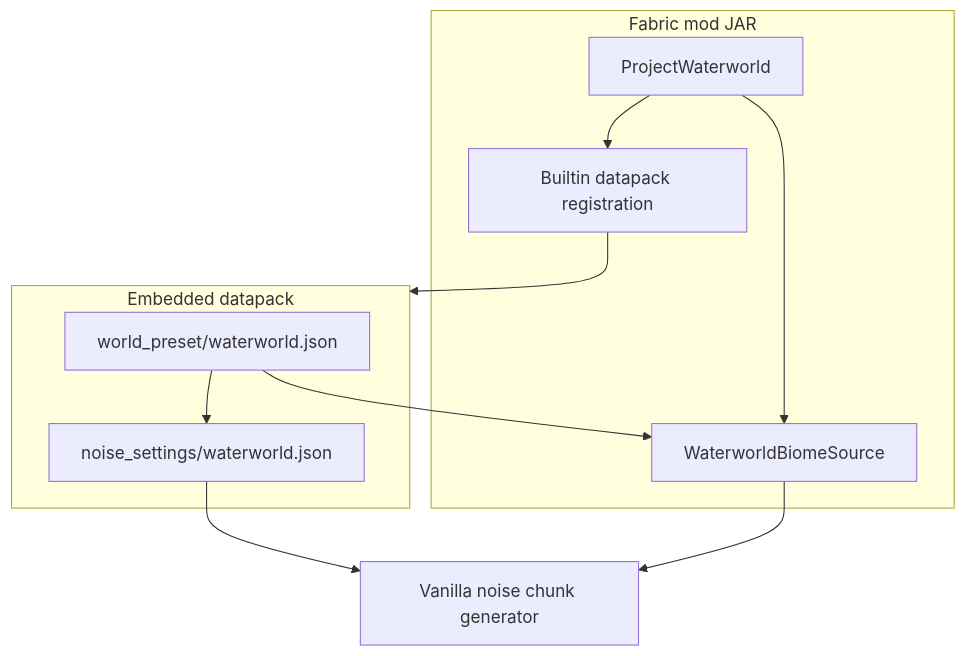
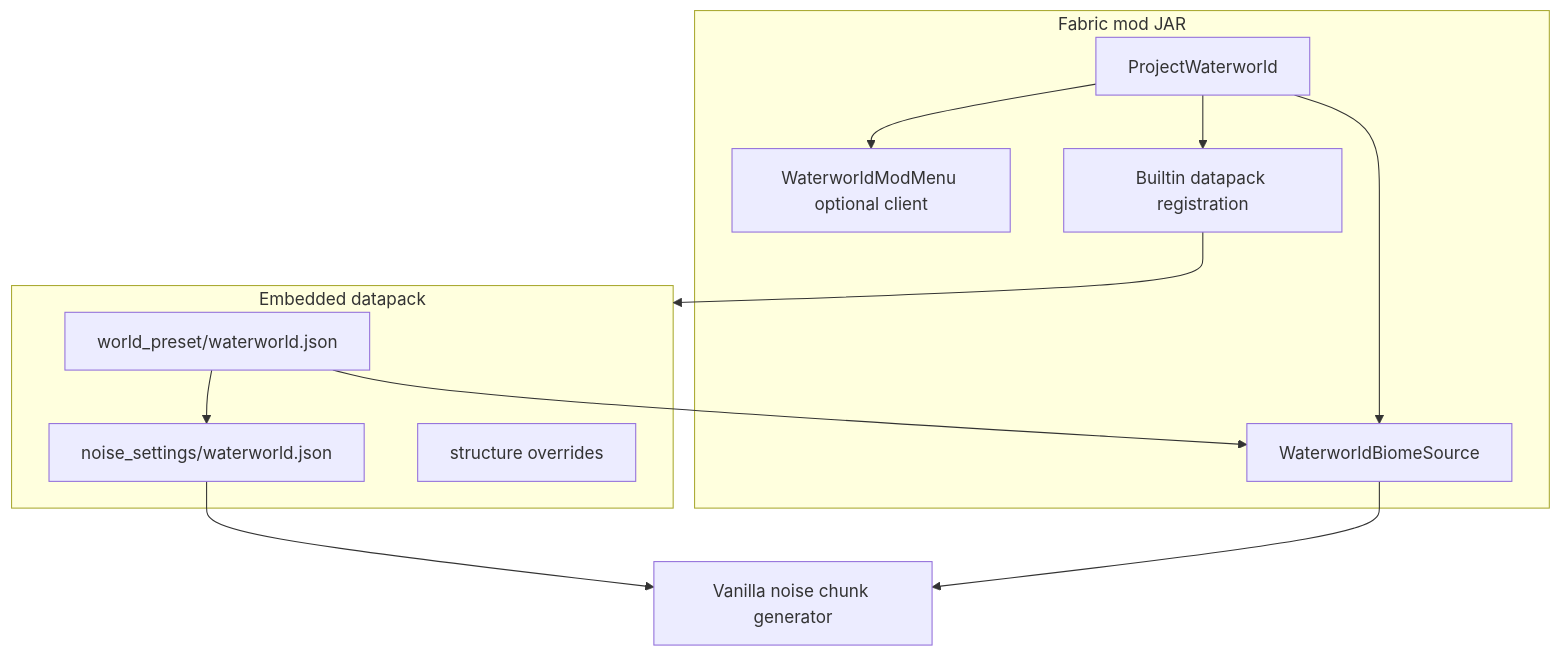
The diagram in docs/ARCHITECTURE.md (ToasterBorst/project-waterworld), drawn with Mermaid before and after one commit. The commit also changed other lines of this file and 39 other files, not shown here.

````diff
--- a/docs/ARCHITECTURE.md
+++ b/docs/ARCHITECTURE.md
@@ -5,18 +5,21 @@
 ```mermaid
 flowchart TB
     subgraph mod [Fabric mod JAR]
         PW[ProjectWaterworld]
         WBS[WaterworldBiomeSource]
+        MM[WaterworldModMenu optional client]
         PW --> WBS
         PW --> DP[Builtin datapack registration]
+        PW --> MM
     end
     subgraph data [Embedded datapack]
         PRESET[world_preset/waterworld.json]
         NOISE[noise_settings/waterworld.json]
+        STRUCT[structure overrides]
         PRESET --> NOISE
     end
     DP --> data
     PRESET --> WBS
     NOISE --> GEN[Vanilla noise chunk generator]
     WBS --> GEN
 ```
````
